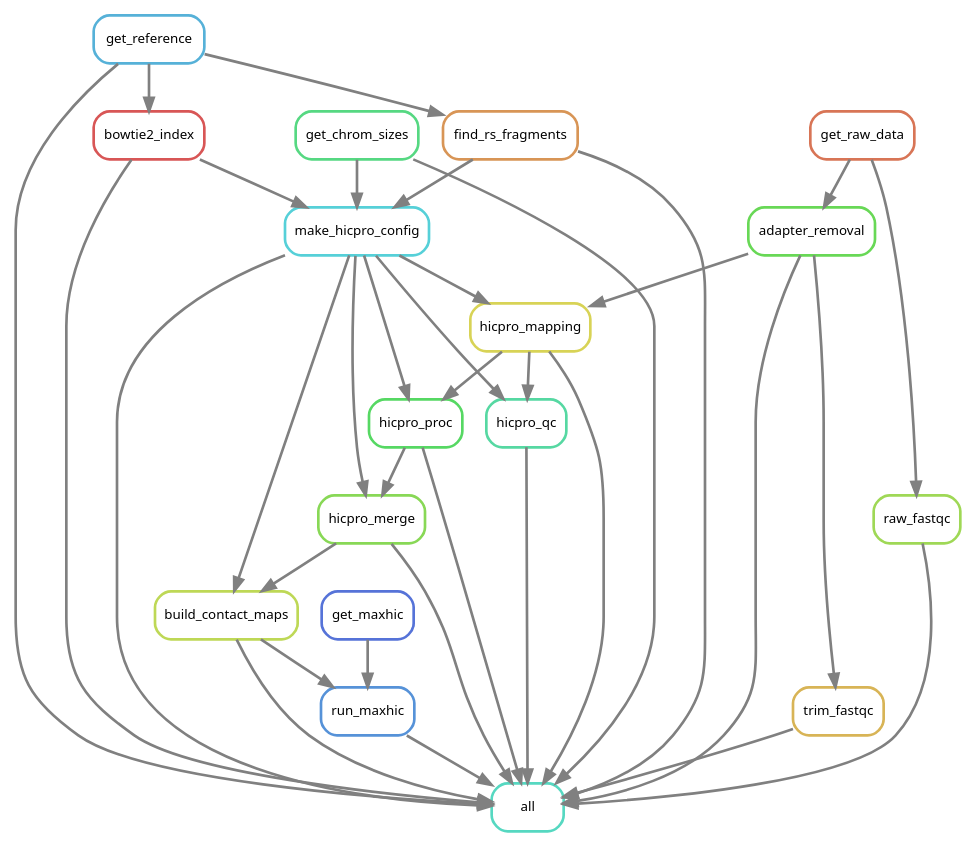
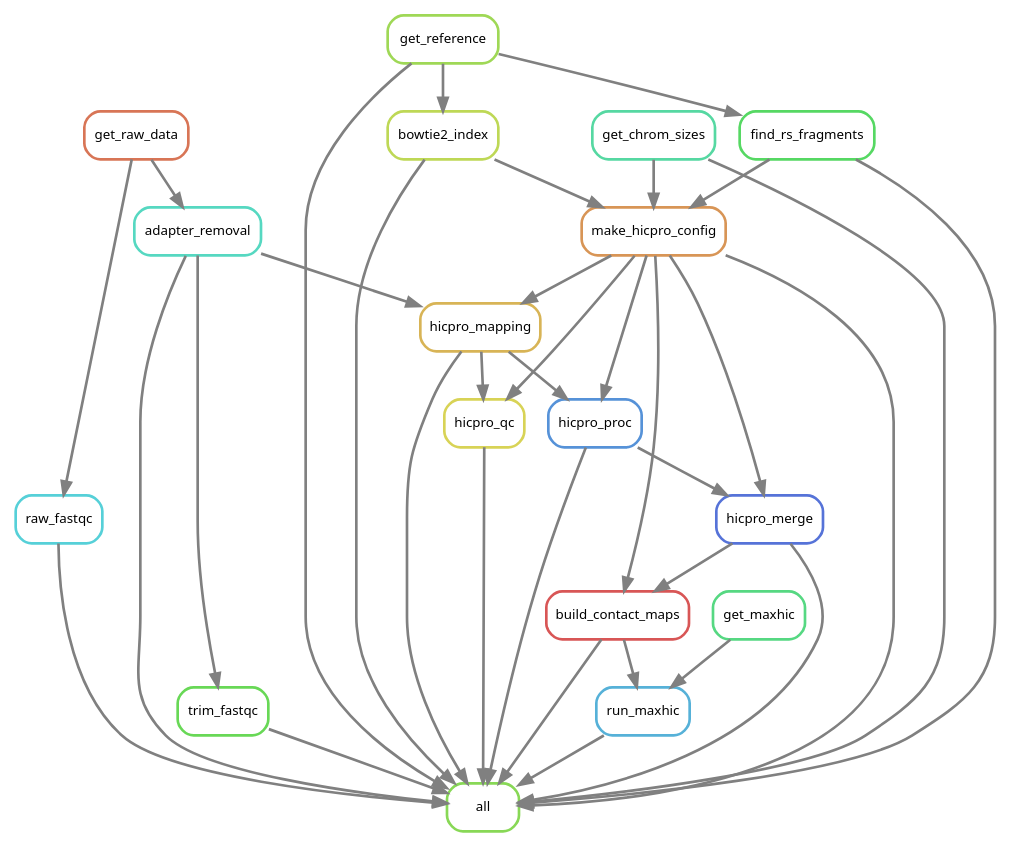
One commit to DRMCRL/ENCODE_T47D_HiC_ENCSR549MGQ changed the diagram in output/rulegraph.dot. Above: the diagram before and after it, drawn with Graphviz. The commit also changed 2 other files, not shown here.

Commit message:
Restarted after failed run. May need to delete symlinks

```diff
--- a/output/rulegraph.dot
+++ b/output/rulegraph.dot
@@ -1,56 +1,56 @@
 digraph snakemake_dag {
     graph[bgcolor=white, margin=0];
     node[shape=box, style=rounded, fontname=sans,                 fontsize=10, penwidth=2];
     edge[penwidth=2, color=grey];
-	0[label = "all", color = "0.47 0.6 0.85", style="rounded"];
-	1[label = "build_contact_maps", color = "0.20 0.6 0.85", style="rounded"];
-	2[label = "bowtie2_index", color = "0.00 0.6 0.85", style="rounded"];
-	3[label = "make_hicpro_config", color = "0.51 0.6 0.85", style="rounded"];
-	4[label = "hicpro_mapping", color = "0.16 0.6 0.85", style="rounded"];
-	5[label = "hicpro_proc", color = "0.35 0.6 0.85", style="rounded"];
-	6[label = "hicpro_merge", color = "0.27 0.6 0.85", style="rounded"];
-	7[label = "find_rs_fragments", color = "0.08 0.6 0.85", style="rounded"];
-	8[label = "trim_fastqc", color = "0.12 0.6 0.85", style="rounded"];
-	9[label = "adapter_removal", color = "0.31 0.6 0.85", style="rounded"];
-	10[label = "raw_fastqc", color = "0.24 0.6 0.85", style="rounded"];
-	11[label = "run_maxhic", color = "0.59 0.6 0.85", style="rounded"];
-	12[label = "get_chrom_sizes", color = "0.39 0.6 0.85", style="rounded"];
-	13[label = "hicpro_qc", color = "0.43 0.6 0.85", style="rounded"];
-	14[label = "get_reference", color = "0.55 0.6 0.85", style="rounded"];
-	15[label = "get_raw_data", color = "0.04 0.6 0.85", style="rounded"];
-	16[label = "get_maxhic", color = "0.63 0.6 0.85", style="rounded"];
+	0[label = "all", color = "0.27 0.6 0.85", style="rounded"];
+	1[label = "run_maxhic", color = "0.55 0.6 0.85", style="rounded"];
+	2[label = "build_contact_maps", color = "0.00 0.6 0.85", style="rounded"];
+	3[label = "bowtie2_index", color = "0.20 0.6 0.85", style="rounded"];
+	4[label = "raw_fastqc", color = "0.51 0.6 0.85", style="rounded"];
+	5[label = "hicpro_proc", color = "0.59 0.6 0.85", style="rounded"];
+	6[label = "adapter_removal", color = "0.47 0.6 0.85", style="rounded"];
+	7[label = "get_reference", color = "0.24 0.6 0.85", style="rounded"];
+	8[label = "trim_fastqc", color = "0.31 0.6 0.85", style="rounded"];
+	9[label = "hicpro_merge", color = "0.63 0.6 0.85", style="rounded"];
+	10[label = "hicpro_mapping", color = "0.12 0.6 0.85", style="rounded"];
+	11[label = "find_rs_fragments", color = "0.35 0.6 0.85", style="rounded"];
+	12[label = "get_chrom_sizes", color = "0.43 0.6 0.85", style="rounded"];
+	13[label = "hicpro_qc", color = "0.16 0.6 0.85", style="rounded"];
+	14[label = "make_hicpro_config", color = "0.08 0.6 0.85", style="rounded"];
+	15[label = "get_maxhic", color = "0.39 0.6 0.85", style="rounded"];
+	16[label = "get_raw_data", color = "0.04 0.6 0.85", style="rounded"];
 	2 -> 0
+	10 -> 0
+	13 -> 0
 	14 -> 0
+	3 -> 0
 	7 -> 0
+	8 -> 0
+	11 -> 0
+	12 -> 0
+	6 -> 0
 	4 -> 0
-	8 -> 0
 	1 -> 0
-	10 -> 0
-	6 -> 0
 	5 -> 0
 	9 -> 0
-	12 -> 0
-	13 -> 0
-	3 -> 0
-	11 -> 0
-	6 -> 1
-	3 -> 1
+	2 -> 1
+	15 -> 1
 	14 -> 2
-	2 -> 3
-	12 -> 3
+	9 -> 2
 	7 -> 3
-	9 -> 4
-	3 -> 4
-	4 -> 5
-	3 -> 5
-	5 -> 6
-	3 -> 6
-	14 -> 7
-	9 -> 8
-	15 -> 9
-	15 -> 10
-	1 -> 11
-	16 -> 11
-	4 -> 13
-	3 -> 13
+	16 -> 4
+	14 -> 5
+	10 -> 5
+	16 -> 6
+	6 -> 8
+	14 -> 9
+	5 -> 9
+	6 -> 10
+	14 -> 10
+	7 -> 11
+	14 -> 13
+	10 -> 13
+	11 -> 14
+	12 -> 14
+	3 -> 14
 }            
```
